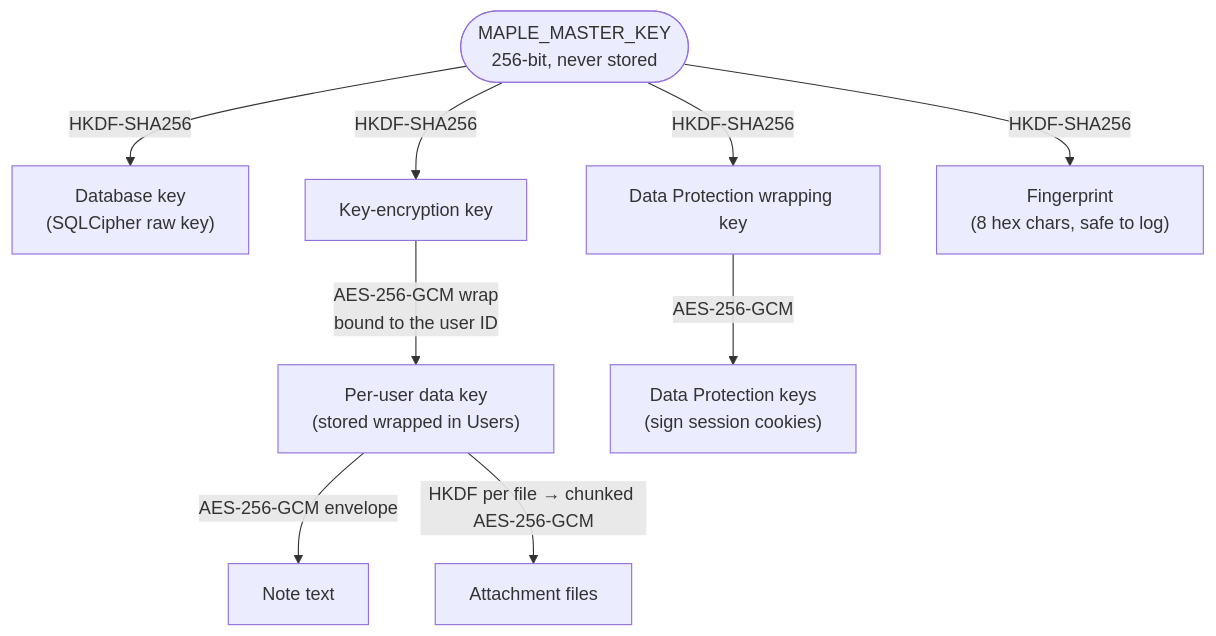
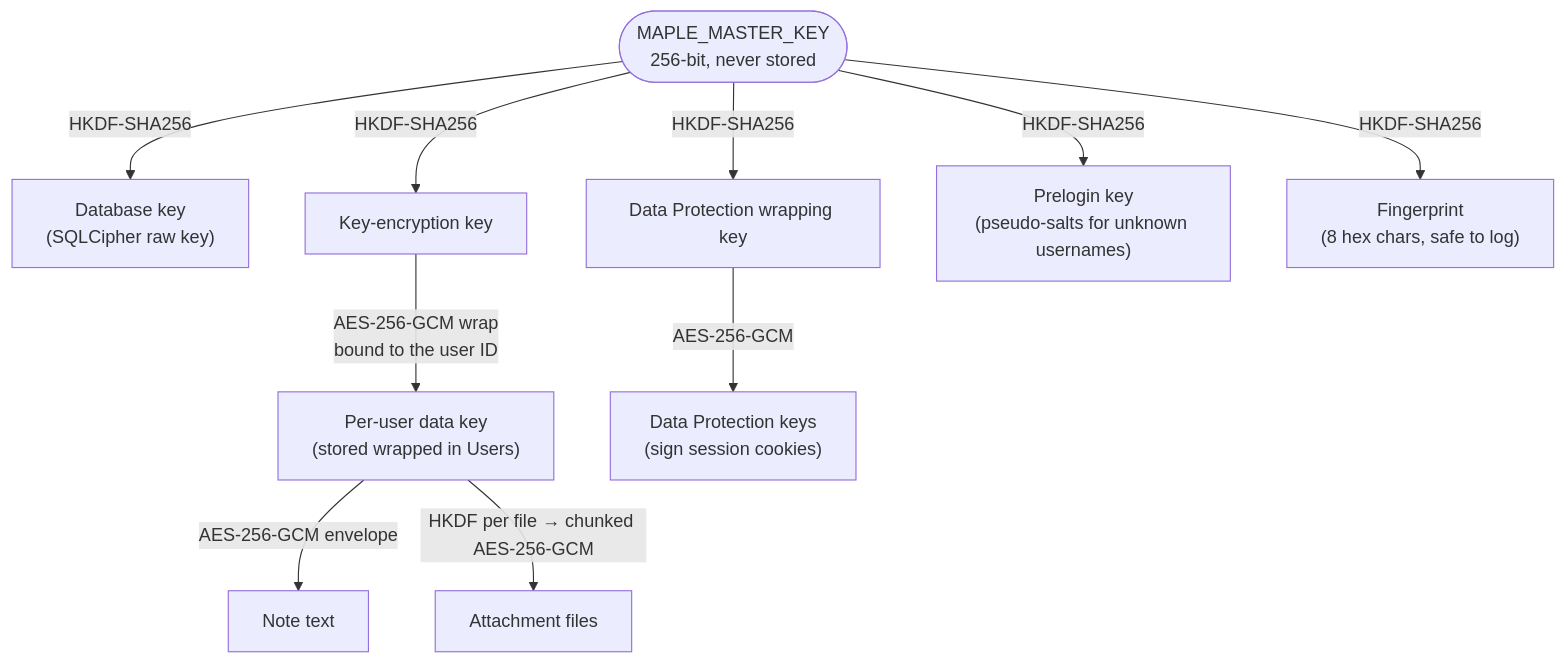
The second of 2 diagrams in docs/architecture.md (supunsarachitha/MapleNotes), drawn with Mermaid before and after one commit. The commit also changed other lines of this file and 43 other files, not shown here.

````diff
--- a/docs/architecture.md
+++ b/docs/architecture.md
@@ -95,11 +95,12 @@
 ```mermaid
 flowchart TD
     mk(["MAPLE_MASTER_KEY<br/>256-bit, never stored"]) -- HKDF-SHA256 --> dbk["Database key<br/>(SQLCipher raw key)"]
     mk -- HKDF-SHA256 --> kek["Key-encryption key"]
     mk -- HKDF-SHA256 --> dpk["Data Protection wrapping key"]
+    mk -- HKDF-SHA256 --> pk["Prelogin key<br/>(pseudo-salts for unknown usernames)"]
     mk -- HKDF-SHA256 --> fp["Fingerprint<br/>(8 hex chars, safe to log)"]
     kek -- "AES-256-GCM wrap<br/>bound to the user ID" --> dek["Per-user data key<br/>(stored wrapped in Users)"]
     dek -- "AES-256-GCM envelope" --> notes["Note text"]
     dek -- "HKDF per file → chunked AES-256-GCM" --> att["Attachment files"]
     dpk -- "AES-256-GCM" --> ring["Data Protection keys<br/>(sign session cookies)"]
 ```
````
